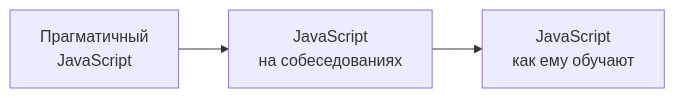
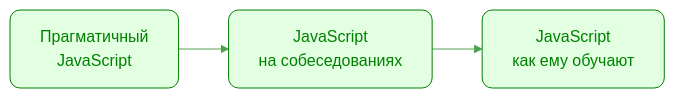
The first of 4 diagrams in presentation/slides.md (Sdju/speech), drawn with Mermaid before and after one commit. The commit also changed other lines of this file and 31 other files, not shown here.

````diff
--- a/presentation/slides.md
+++ b/presentation/slides.md
@@ -79,6 +85,18 @@
 ```mermaid
+---
+config:
+  theme: base
+  themeVariables:
+    primaryColor: '#e2ffe2'
+    primaryTextColor: 'green'
+    primaryBorderColor: 'green'
+    lineColor: '#4E9F4EFF'
+---
+
 flowchart LR
+  classDef default rx:10px,ry:10px
+  
   A[Прагматичный\nJavaScript] --> B
   B[JavaScript\nна собеседованиях] --> C[Vue]
   C[JavaScript\nкак ему обучают]
 ```
````
